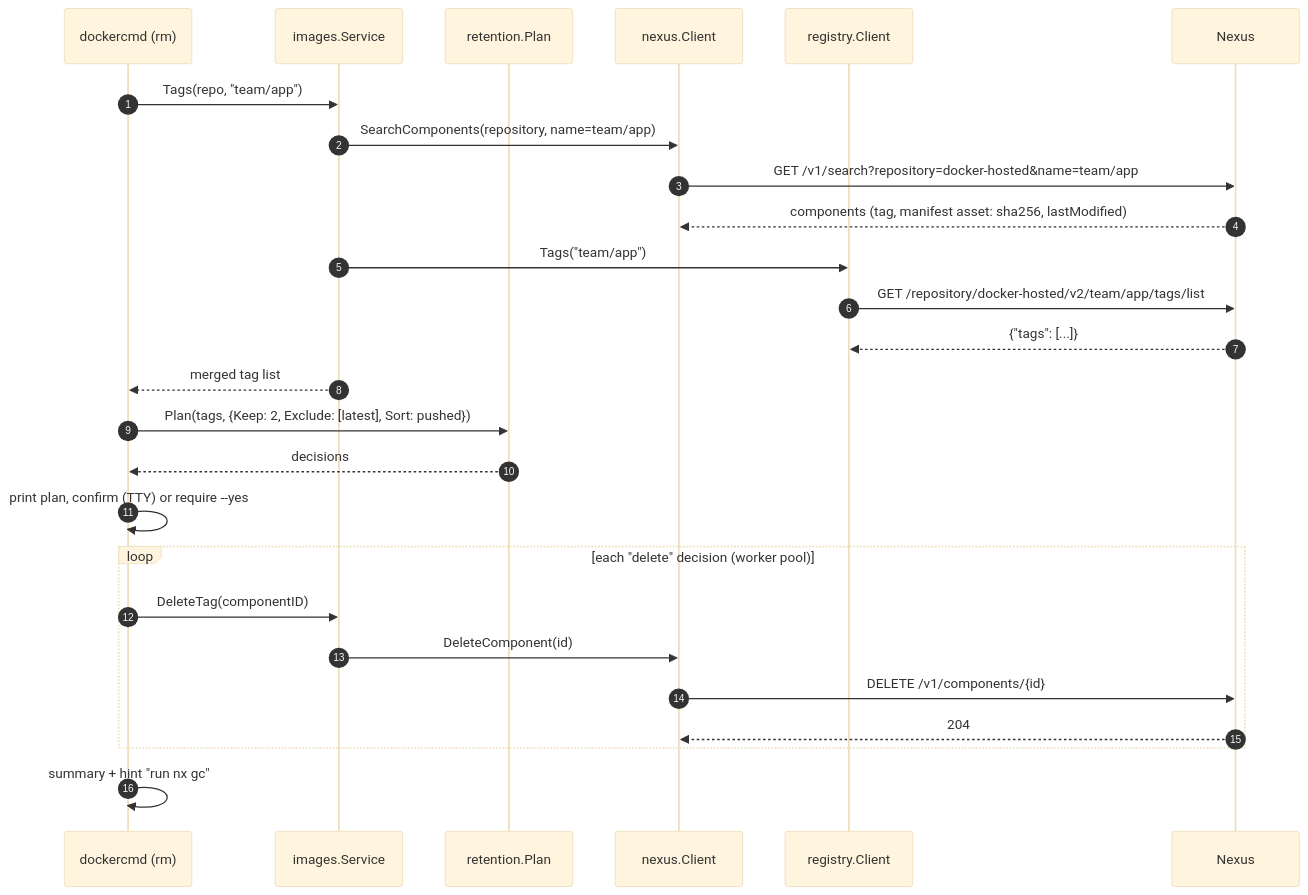
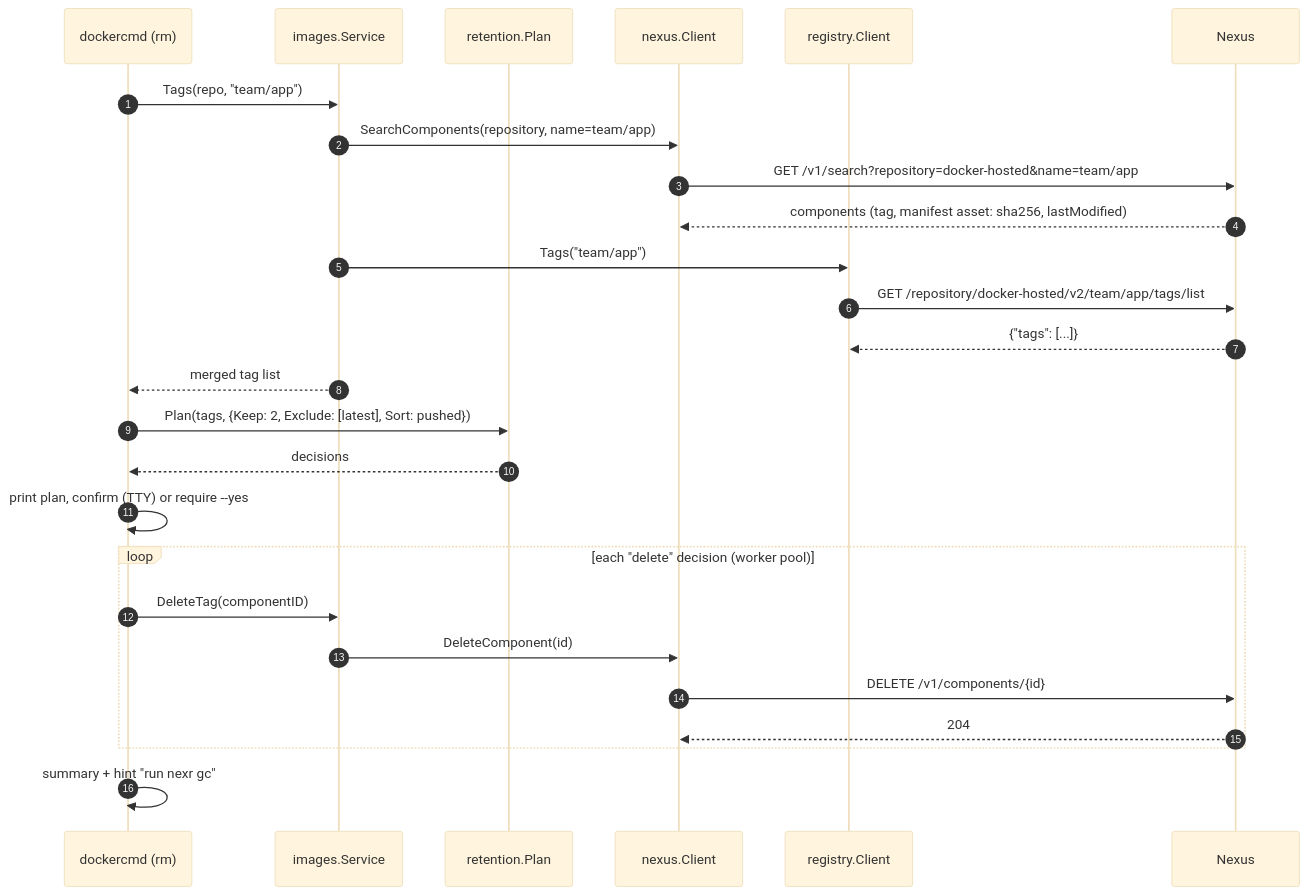
One commit to yand3r3d3v/nexr changed the seventh of 8 diagrams in docs/architecture.md. Above: the diagram before and after it, drawn with Mermaid (base theme). The commit also changed other lines of this file and 5 other files, not shown here.

````diff
--- a/docs/architecture.md
+++ b/docs/architecture.md
@@ -637,29 +637,29 @@
 ```mermaid
 sequenceDiagram
     autonumber
     participant CLI as dockercmd (rm)
     participant I as images.Service
     participant R as retention.Plan
     participant N as nexus.Client
     participant G as registry.Client
     participant X as Nexus
 
     CLI->>I: Tags(repo, "team/app")
     I->>N: SearchComponents(repository, name=team/app)
     N->>X: GET /v1/search?repository=docker-hosted&name=team/app
     X-->>N: components (tag, manifest asset: sha256, lastModified)
     I->>G: Tags("team/app")
     G->>X: GET /repository/docker-hosted/v2/team/app/tags/list
     X-->>G: {"tags": [...]}
     I-->>CLI: merged tag list
     CLI->>R: Plan(tags, {Keep: 2, Exclude: [latest], Sort: pushed})
     R-->>CLI: decisions
     CLI->>CLI: print plan, confirm (TTY) or require --yes
     loop each "delete" decision (worker pool)
         CLI->>I: DeleteTag(componentID)
         I->>N: DeleteComponent(id)
         N->>X: DELETE /v1/components/{id}
         X-->>N: 204
     end
-    CLI->>CLI: summary + hint "run nx gc"
+    CLI->>CLI: summary + hint "run nexr gc"
 ```
````
